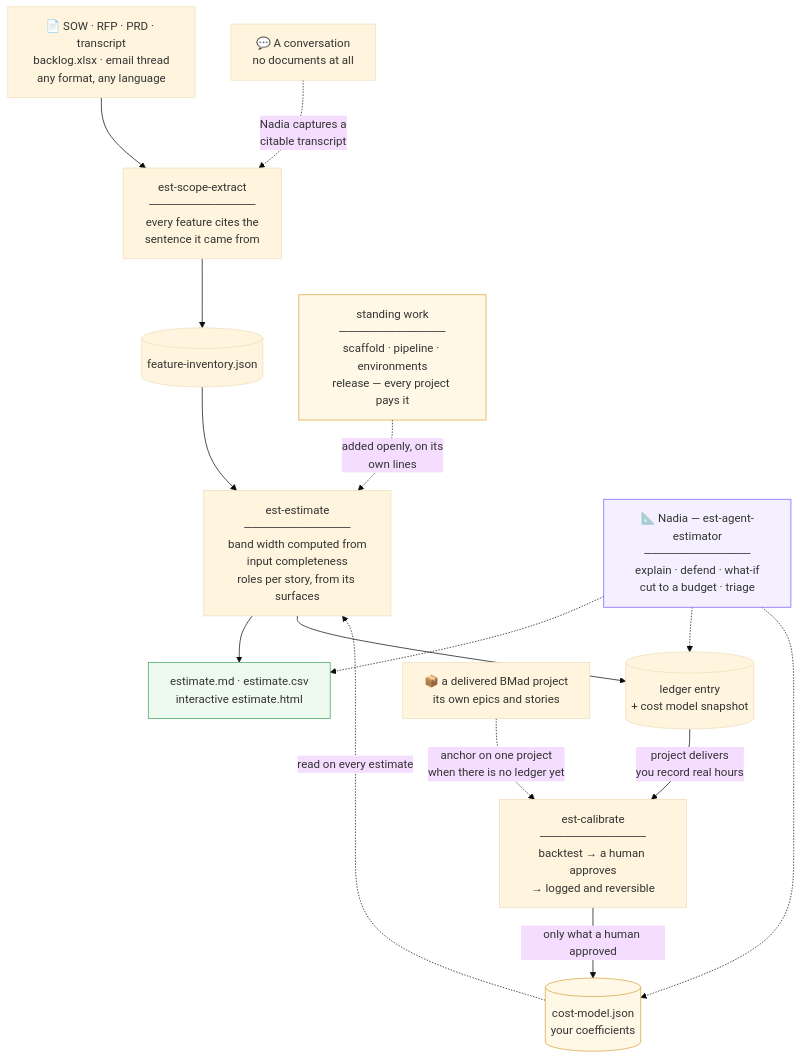
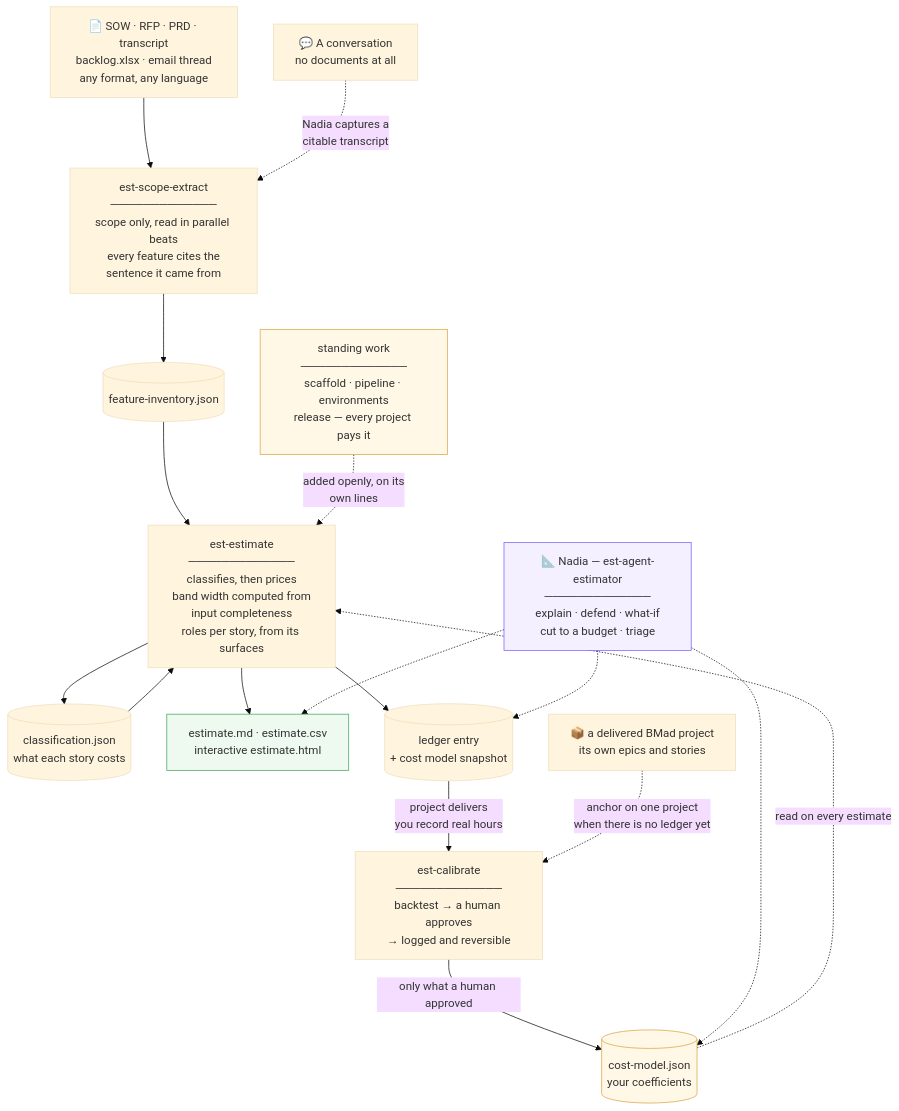
One commit to Relevant-S/bmad-est changed the diagram in README.md. Above: the diagram before and after it, drawn with Mermaid (base theme). The commit also changed other lines of this file and 35 other files, not shown here.

Commit message:
refactor estimation process by separating classification from feature inventory, enhance README with updated classification guidance, and introduce new scripts for inventory management and classification merging

````diff
--- a/README.md
+++ b/README.md
@@ -44,39 +44,41 @@
 ```mermaid
 flowchart TB
     DOCS["📄 SOW · RFP · PRD · transcript<br/>backlog.xlsx · email thread<br/>any format, any language"]
     TALK["💬 A conversation<br/>no documents at all"]
 
-    EXTRACT["est-scope-extract<br/>─────────────<br/>every feature cites the<br/>sentence it came from"]
+    EXTRACT["est-scope-extract<br/>─────────────<br/>scope only, read in parallel beats<br/>every feature cites the<br/>sentence it came from"]
     INV[("feature-inventory.json")]
 
-    ESTIMATE["est-estimate<br/>─────────────<br/>band width computed from<br/>input completeness<br/>roles per story, from its surfaces"]
+    ESTIMATE["est-estimate<br/>─────────────<br/>classifies, then prices<br/>band width computed from<br/>input completeness<br/>roles per story, from its surfaces"]
+    CLASS[("classification.json<br/>what each story costs")]
     STANDING["standing work<br/>─────────────<br/>scaffold · pipeline · environments<br/>release — every project pays it"]
     OUTPUT["estimate.md · estimate.csv<br/>interactive estimate.html"]
     LEDGER[("ledger entry<br/>+ cost model snapshot")]
 
     CALIBRATE["est-calibrate<br/>─────────────<br/>backtest → a human approves<br/>→ logged and reversible"]
     DELIVERED["📦 a delivered BMad project<br/>its own epics and stories"]
     MODEL[("cost-model.json<br/>your coefficients")]
 
     NADIA["📐 Nadia — est-agent-estimator<br/>─────────────<br/>explain · defend · what-if<br/>cut to a budget · triage"]
 
     DOCS --> EXTRACT
     TALK -.->|"Nadia captures a<br/>citable transcript"| EXTRACT
     EXTRACT --> INV --> ESTIMATE
+    ESTIMATE --> CLASS --> ESTIMATE
     STANDING -.->|"added openly, on its<br/>own lines"| ESTIMATE
     ESTIMATE --> OUTPUT
     ESTIMATE --> LEDGER
     LEDGER -->|"project delivers<br/>you record real hours"| CALIBRATE
     DELIVERED -.->|"anchor on one project<br/>when there is no ledger yet"| CALIBRATE
     CALIBRATE -->|"only what a human approved"| MODEL
     MODEL -.->|"read on every estimate"| ESTIMATE
 
     NADIA -.-> OUTPUT
     NADIA -.-> LEDGER
     NADIA -.-> MODEL
 
     style NADIA fill:#f5f0ff,stroke:#7c5cff
     style MODEL fill:#fff8e6,stroke:#d9a441
     style STANDING fill:#fff8e6,stroke:#d9a441
     style OUTPUT fill:#eefaf0,stroke:#3fa45b
 ```
````
